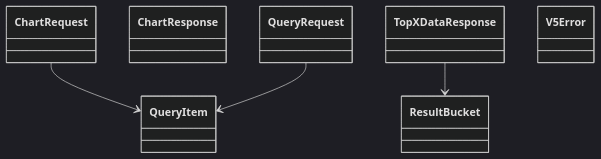
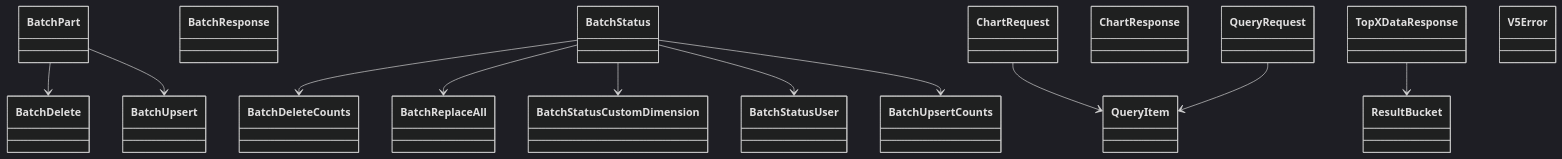
One commit to alexdearaujo/community_sdk_python changed the eighth of 8 diagrams in docs/sphinx/services/v5.md. Above: the diagram before and after it, drawn with Mermaid (dark theme). The commit also changed other lines of this file and 36 other files, not shown here.

````diff
--- a/docs/sphinx/services/v5.md
+++ b/docs/sphinx/services/v5.md
@@ -225,13 +420,30 @@
 ```mermaid
 classDiagram
+    class BatchDelete
+    class BatchDeleteCounts
+    class BatchPart
+    class BatchReplaceAll
+    class BatchResponse
+    class BatchStatus
+    class BatchStatusCustomDimension
+    class BatchStatusUser
+    class BatchUpsert
+    class BatchUpsertCounts
     class ChartRequest
     class ChartResponse
     class QueryItem
     class QueryRequest
     class ResultBucket
     class TopXDataResponse
     class V5Error
+    BatchPart --> BatchDelete
+    BatchPart --> BatchUpsert
+    BatchStatus --> BatchDeleteCounts
+    BatchStatus --> BatchReplaceAll
+    BatchStatus --> BatchStatusCustomDimension
+    BatchStatus --> BatchStatusUser
+    BatchStatus --> BatchUpsertCounts
     ChartRequest --> QueryItem
     QueryRequest --> QueryItem
     TopXDataResponse --> ResultBucket
 ```
````
